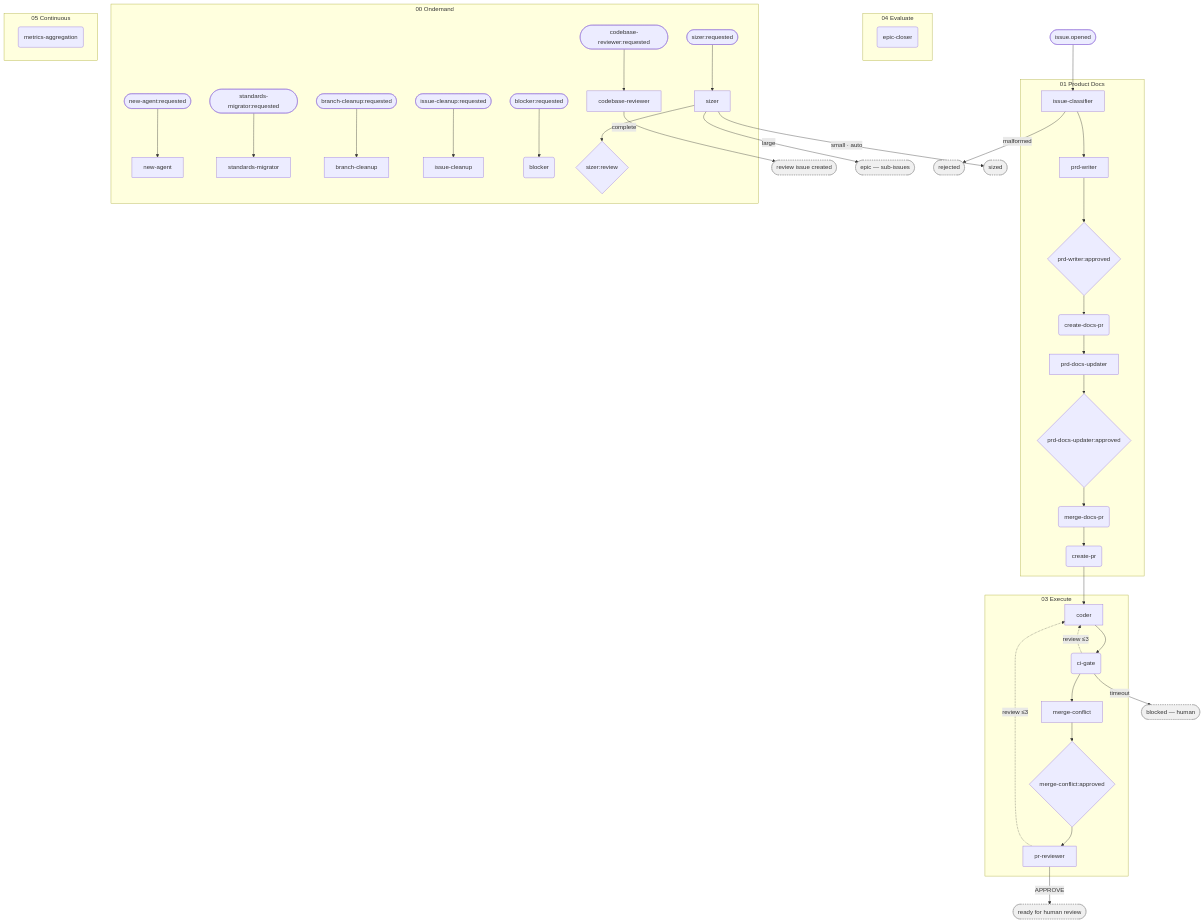
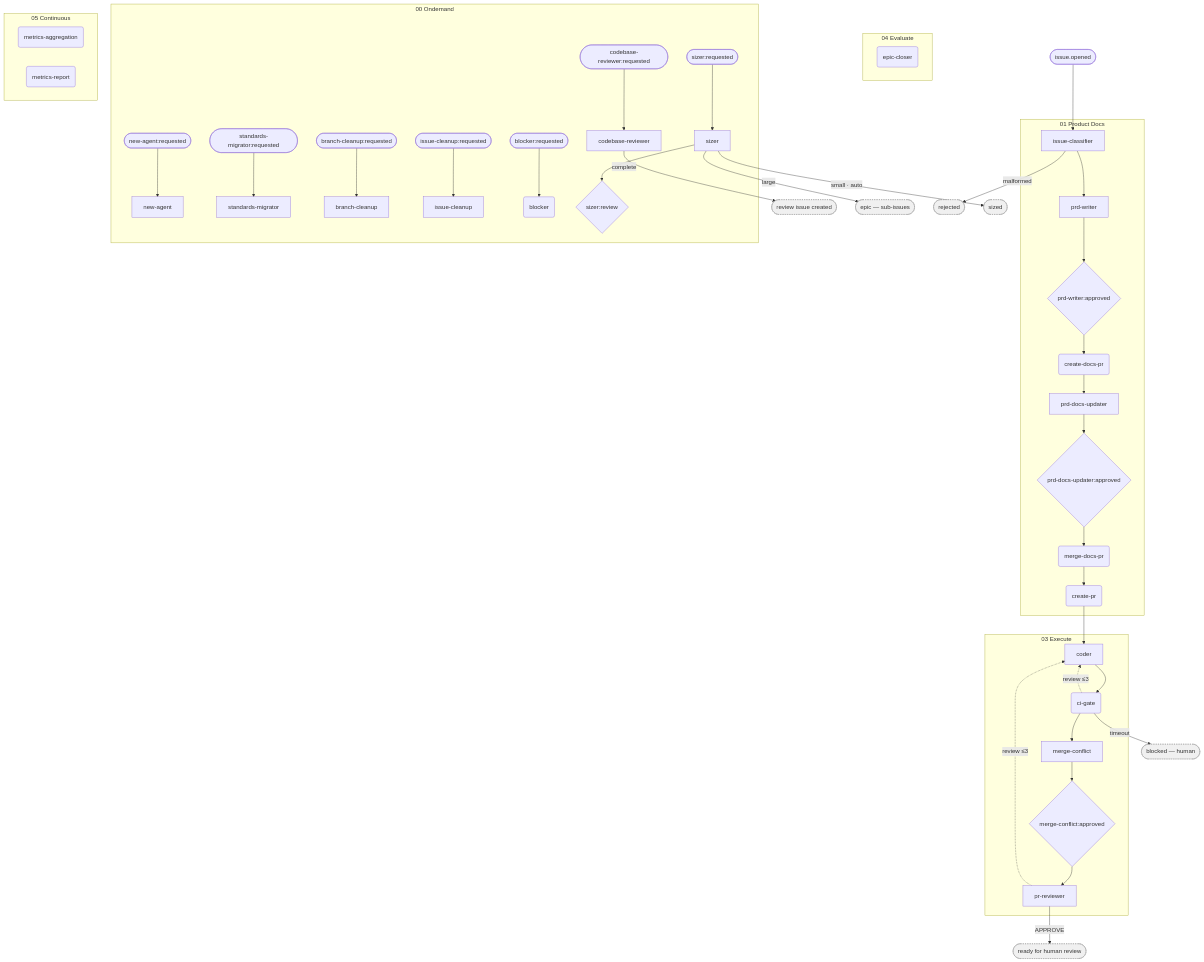
One commit to M-A-Operating-System/ai-coding-standards2 changed the diagram in docs/product/orchestrator/generated/pipeline_phases.mmd. Above: the diagram before and after it, drawn with Mermaid. The commit also changed 2 other files, not shown here.

Commit message:
chore: regenerate pipeline diagrams

```diff
--- a/docs/product/orchestrator/generated/pipeline_phases.mmd
+++ b/docs/product/orchestrator/generated/pipeline_phases.mmd
@@ -1,78 +1,79 @@
 flowchart TD
     entry_n_01_product_docs__issue_classifier(["issue.opened"])
     subgraph 01_product_docs["01 Product Docs"]
         n_01_product_docs__issue_classifier["issue-classifier"]
         n_01_product_docs__prd_writer["prd-writer"]
         n_01_product_docs__create_docs_pr("create-docs-pr")
         n_01_product_docs__prd_docs_updater["prd-docs-updater"]
         n_01_product_docs__merge_docs_pr("merge-docs-pr")
         n_01_product_docs__create_pr("create-pr")
         gate__n_01_product_docs__prd_writer{"prd-writer:approved"}
         gate__n_01_product_docs__prd_docs_updater{"prd-docs-updater:approved"}
     end
     subgraph 03_execute["03 Execute"]
         n_03_execute__coder["coder"]
         n_03_execute__ci_gate("ci-gate")
         n_03_execute__merge_conflict["merge-conflict"]
         n_03_execute__pr_reviewer["pr-reviewer"]
         gate__n_03_execute__merge_conflict{"merge-conflict:approved"}
     end
     subgraph 04_evaluate["04 Evaluate"]
         n_04_evaluate__epic_closer("epic-closer")
     end
     subgraph 00_ondemand["00 Ondemand"]
         entry_n_00_ondemand__codebase_reviewer(["codebase-reviewer:requested"])
         entry_n_00_ondemand__sizer(["sizer:requested"])
         entry_n_00_ondemand__new_agent(["new-agent:requested"])
         entry_n_00_ondemand__standards_migrator(["standards-migrator:requested"])
         entry_n_00_ondemand__branch_cleanup(["branch-cleanup:requested"])
         entry_n_00_ondemand__issue_cleanup(["issue-cleanup:requested"])
         entry_n_00_ondemand__blocker(["blocker:requested"])
         n_00_ondemand__codebase_reviewer["codebase-reviewer"]
         n_00_ondemand__sizer["sizer"]
         n_00_ondemand__new_agent["new-agent"]
         n_00_ondemand__standards_migrator["standards-migrator"]
         n_00_ondemand__branch_cleanup["branch-cleanup"]
         n_00_ondemand__issue_cleanup["issue-cleanup"]
         n_00_ondemand__blocker("blocker")
         gate__n_00_ondemand__sizer{"sizer:review"}
     end
     subgraph 05_continuous["05 Continuous"]
         n_05_continuous__metrics_aggregation("metrics-aggregation")
+        n_05_continuous__metrics_report("metrics-report")
     end
     term_blocked(["blocked — human"]):::term
     term_cr_done(["review issue created"]):::term
     term_epic(["epic — sub-issues"]):::term
     term_ready(["ready for human review"]):::term
     term_rejected(["rejected"]):::term
     term_sized(["sized"]):::term
     entry_n_01_product_docs__issue_classifier --> n_01_product_docs__issue_classifier
     entry_n_00_ondemand__codebase_reviewer --> n_00_ondemand__codebase_reviewer
     entry_n_00_ondemand__sizer --> n_00_ondemand__sizer
     entry_n_00_ondemand__new_agent --> n_00_ondemand__new_agent
     entry_n_00_ondemand__standards_migrator --> n_00_ondemand__standards_migrator
     entry_n_00_ondemand__branch_cleanup --> n_00_ondemand__branch_cleanup
     entry_n_00_ondemand__issue_cleanup --> n_00_ondemand__issue_cleanup
     entry_n_00_ondemand__blocker --> n_00_ondemand__blocker
     n_01_product_docs__prd_writer --> gate__n_01_product_docs__prd_writer
     n_01_product_docs__prd_docs_updater --> gate__n_01_product_docs__prd_docs_updater
     n_03_execute__merge_conflict --> gate__n_03_execute__merge_conflict
     n_00_ondemand__sizer --> gate__n_00_ondemand__sizer
     n_01_product_docs__issue_classifier --> n_01_product_docs__prd_writer
     gate__n_01_product_docs__prd_writer --> n_01_product_docs__create_docs_pr
     n_01_product_docs__create_docs_pr --> n_01_product_docs__prd_docs_updater
     gate__n_01_product_docs__prd_docs_updater --> n_01_product_docs__merge_docs_pr
     n_01_product_docs__merge_docs_pr --> n_01_product_docs__create_pr
     n_01_product_docs__create_pr --> n_03_execute__coder
     n_03_execute__coder --> n_03_execute__ci_gate
     n_03_execute__ci_gate --> n_03_execute__merge_conflict
     gate__n_03_execute__merge_conflict --> n_03_execute__pr_reviewer
     n_03_execute__ci_gate -. review ≤3 .-> n_03_execute__coder
     n_03_execute__pr_reviewer -. review ≤3 .-> n_03_execute__coder
     n_01_product_docs__issue_classifier -->|malformed| term_rejected
     n_03_execute__ci_gate -->|timeout| term_blocked
     n_03_execute__pr_reviewer -->|APPROVE| term_ready
     n_00_ondemand__sizer -->|small · auto| term_sized
     n_00_ondemand__sizer -->|large| term_epic
     n_00_ondemand__codebase_reviewer -->|complete| term_cr_done
     classDef term fill:#f0f0f0,stroke:#999,stroke-dasharray:3
```
